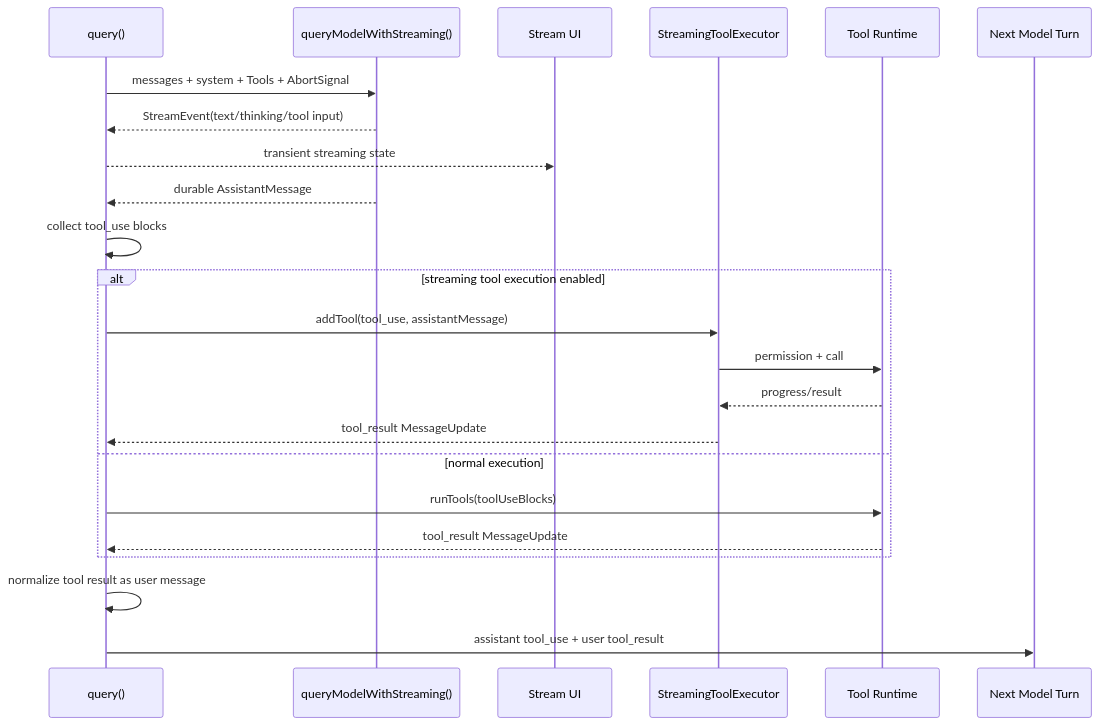
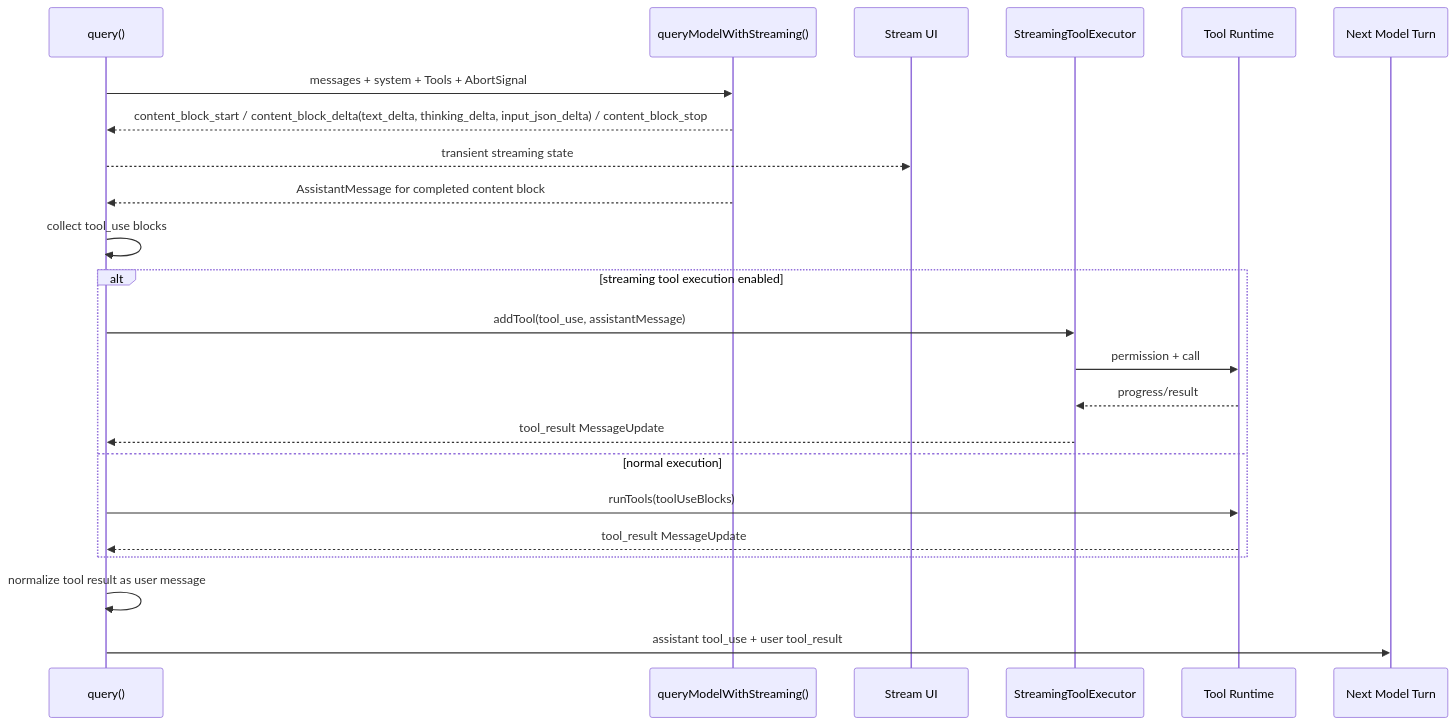
Before and after one commit to buoylee/interview: the diagram in ai/claude-code-source/04-model-streaming.md, drawn with Mermaid. The commit also changed other lines of this file and 2 other files, not shown here.

Commit message:
docs: clarify streaming assistant message timing

````diff
--- a/ai/claude-code-source/04-model-streaming.md
+++ b/ai/claude-code-source/04-model-streaming.md
@@ -111,26 +113,26 @@
 ```mermaid
 sequenceDiagram
     participant Q as query()
     participant API as queryModelWithStreaming()
     participant UI as Stream UI
     participant STE as StreamingToolExecutor
     participant T as Tool Runtime
     participant Next as Next Model Turn
 
     Q->>API: messages + system + Tools + AbortSignal
-    API-->>Q: StreamEvent(text/thinking/tool input)
+    API-->>Q: content_block_start / content_block_delta(text_delta, thinking_delta, input_json_delta) / content_block_stop
     Q-->>UI: transient streaming state
-    API-->>Q: durable AssistantMessage
+    API-->>Q: AssistantMessage for completed content block
     Q->>Q: collect tool_use blocks
     alt streaming tool execution enabled
         Q->>STE: addTool(tool_use, assistantMessage)
         STE->>T: permission + call
         T-->>STE: progress/result
         STE-->>Q: tool_result MessageUpdate
     else normal execution
         Q->>T: runTools(toolUseBlocks)
         T-->>Q: tool_result MessageUpdate
     end
     Q->>Q: normalize tool result as user message
     Q->>Next: assistant tool_use + user tool_result
 ```
````
